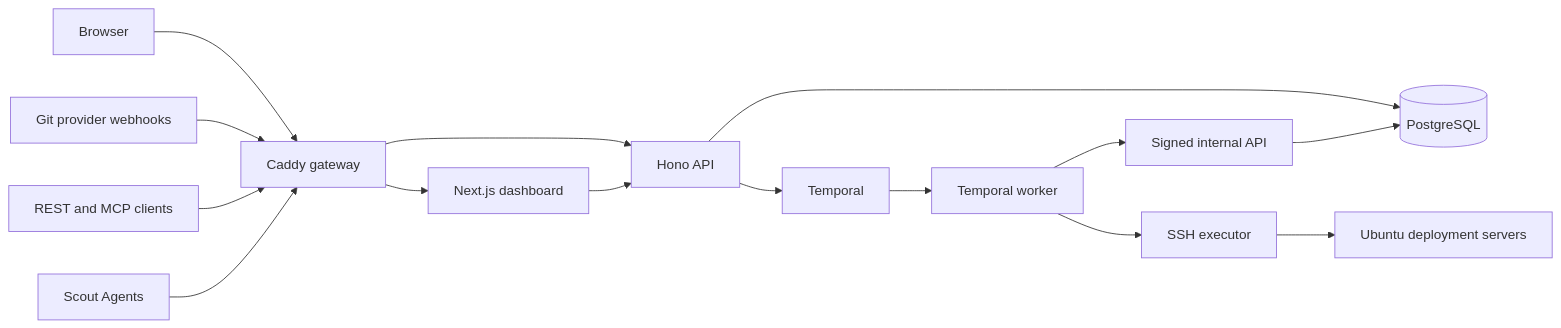
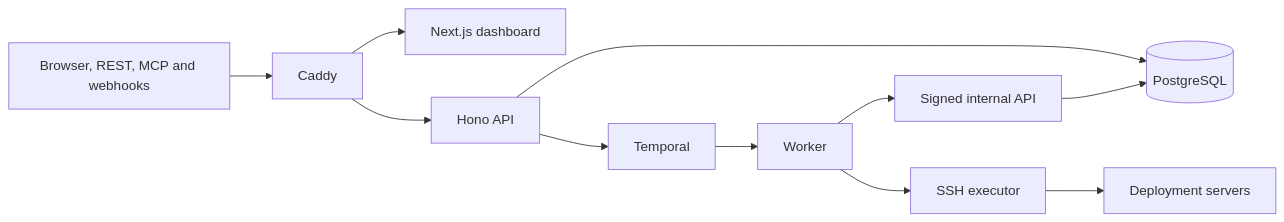
One commit to avgeek-inc/towbar changed the first of 2 diagrams in docs/docs/architecture.mdx. Above: the diagram before and after it, drawn with Mermaid. The commit also changed other lines of this file and 15 other files, not shown here.

````diff
--- a/docs/docs/architecture.mdx
+++ b/docs/docs/architecture.mdx
@@ -36,17 +19,13 @@
 ```mermaid
 flowchart LR
-  Operator[Browser] --> Gateway[Caddy gateway]
-  Provider[Git provider webhooks] --> Gateway
-  Client[REST and MCP clients] --> Gateway
-  Scout[Scout Agents] --> Gateway
-  Gateway --> Web[Next.js dashboard]
-  Gateway --> API[Hono API]
-  Web --> API
+  Clients[Browser, REST, MCP and webhooks] --> Caddy
+  Caddy --> Dashboard[Next.js dashboard]
+  Caddy --> API[Hono API]
   API --> DB[(PostgreSQL)]
-  API --> Temporal[Temporal]
-  Temporal --> Worker[Temporal worker]
+  API --> Temporal
+  Temporal --> Worker
   Worker --> InternalAPI[Signed internal API]
   InternalAPI --> DB
   Worker --> SSH[SSH executor]
-  SSH --> Servers[Ubuntu deployment servers]
+  SSH --> Servers[Deployment servers]
 ```
````
